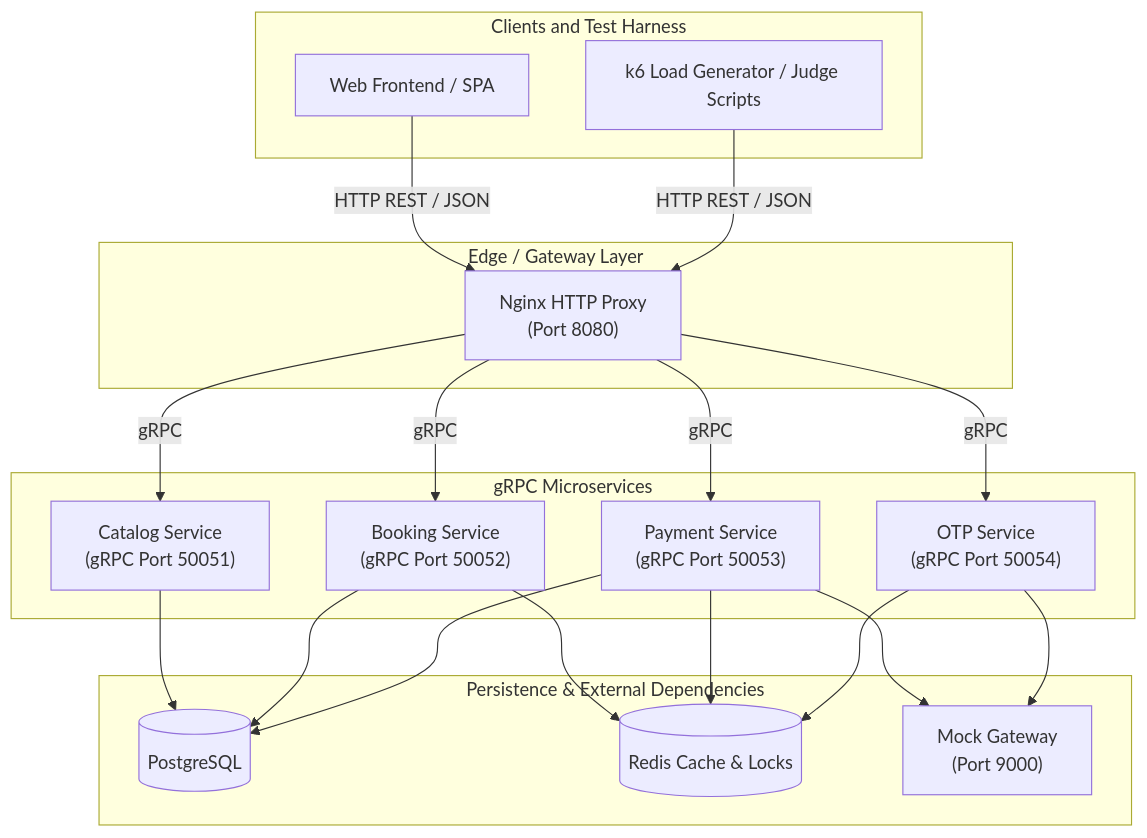
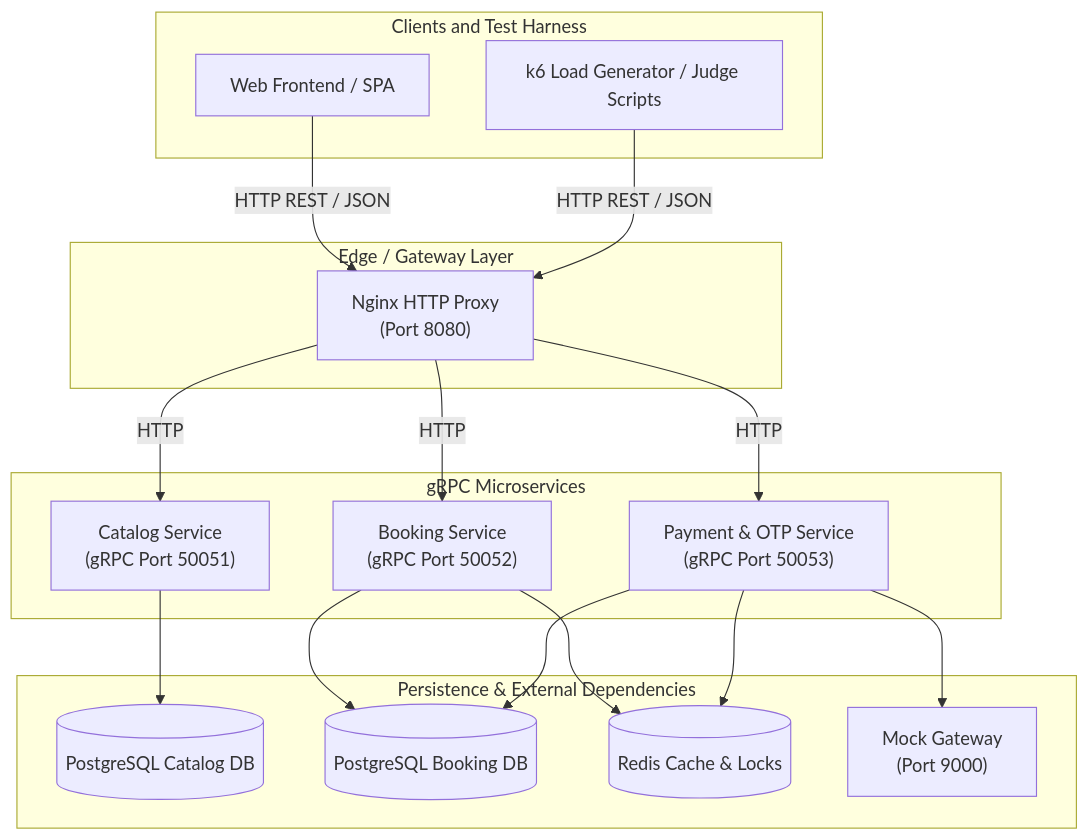
The diagram in ARCHITECTURE.md (TheSR007/That_Team_IEEE), drawn with Mermaid before and after one commit. The commit also changed other lines of this file and 36 other files, not shown here.

````diff
--- a/ARCHITECTURE.md
+++ b/ARCHITECTURE.md
@@ -5,41 +5,38 @@
 ```mermaid
 flowchart TD
     subgraph Clients["Clients and Test Harness"]
         UI["Web Frontend / SPA"]
         K6["k6 Load Generator / Judge Scripts"]
     end
 
     subgraph Proxy["Edge / Gateway Layer"]
         NGINX["Nginx HTTP Proxy<br/>(Port 8080)"]
     end
 
     subgraph Services["gRPC Microservices"]
         Catalog["Catalog Service<br/>(gRPC Port 50051)"]
         Booking["Booking Service<br/>(gRPC Port 50052)"]
-        Payment["Payment Service<br/>(gRPC Port 50053)"]
-        OTP["OTP Service<br/>(gRPC Port 50054)"]
+        Payment["Payment & OTP Service<br/>(gRPC Port 50053)"]
     end
 
     subgraph Storage["Persistence & External Dependencies"]
-        PG[(PostgreSQL)]
+        PGCAT[(PostgreSQL Catalog DB)]
+        PGBOOK[(PostgreSQL Booking DB)]
         REDIS[(Redis Cache & Locks)]
         MOCKGW["Mock Gateway<br/>(Port 9000)"]
     end
 
     UI -->|HTTP REST / JSON| NGINX
     K6 -->|HTTP REST / JSON| NGINX
 
-    NGINX -->|gRPC| Catalog
-    NGINX -->|gRPC| Booking
-    NGINX -->|gRPC| Payment
-    NGINX -->|gRPC| OTP
+    NGINX -->|HTTP| Catalog
+    NGINX -->|HTTP| Booking
+    NGINX -->|HTTP| Payment
 
-    Catalog --> PG
-    Booking --> PG
+    Catalog --> PGCAT
+    Booking --> PGBOOK
     Booking --> REDIS
-    Payment --> PG
+    Payment --> PGBOOK
     Payment --> REDIS
     Payment --> MOCKGW
-    OTP --> REDIS
-    OTP --> MOCKGW
 ```
````
